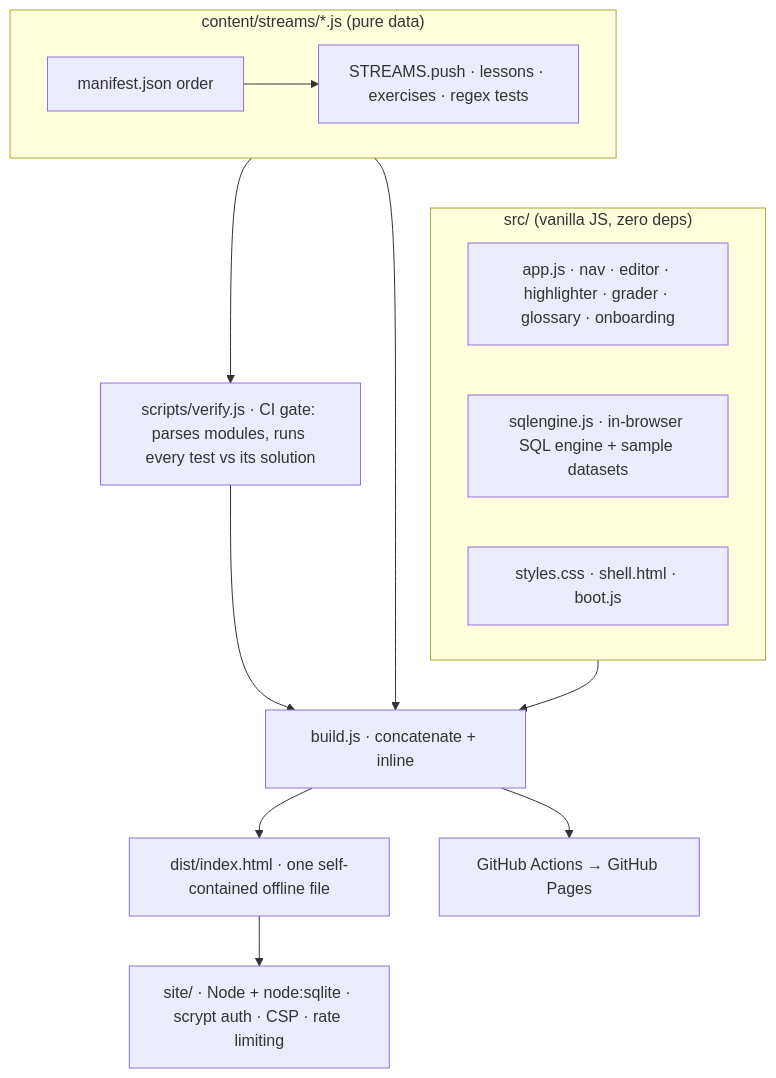
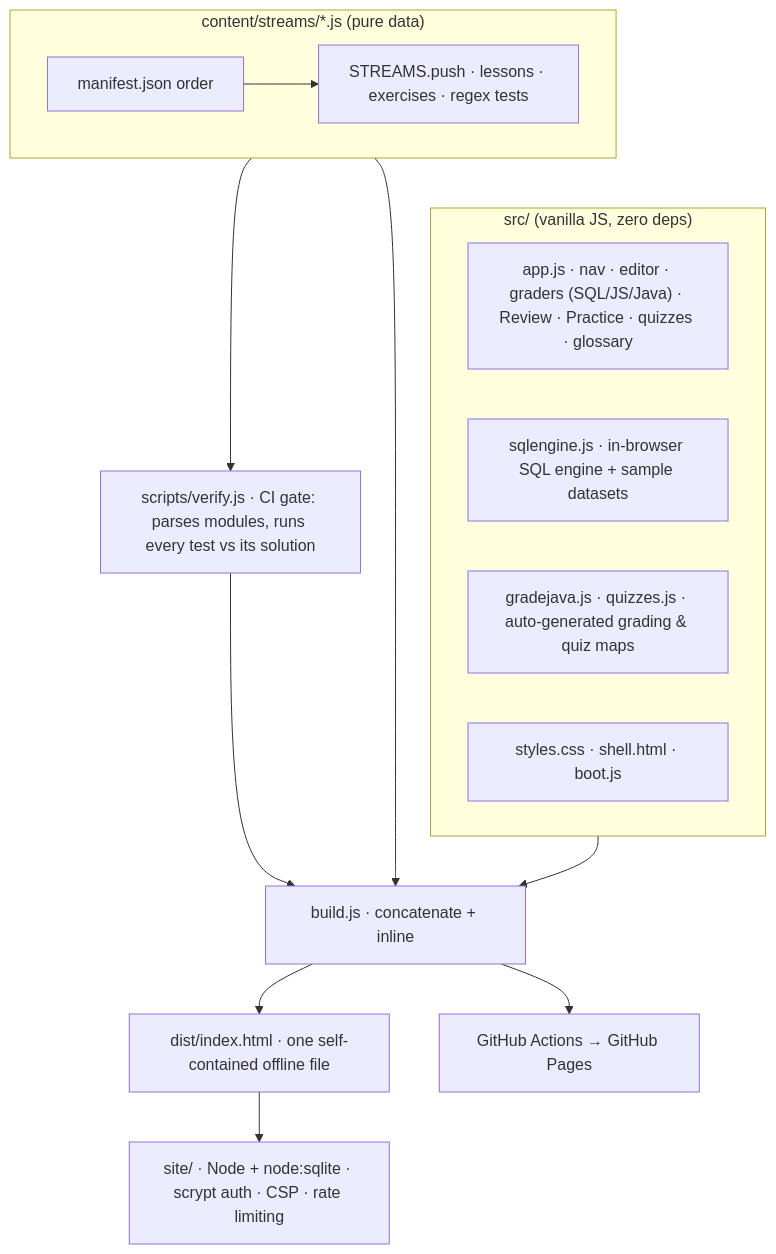
The diagram in README.md (rcbart/dojo), drawn with Mermaid before and after one commit. The commit also changed other lines of this file and 2 other files, not shown here.

Commit message:
Coherency fix + docs: fix mod6 (blank starter passed via giveaway comments); update README architecture doc (counts 285/403, execution grading SQL/JS/Java, Review/Practice/quizzes/capstone, new src files, 41 modules)

````diff
--- a/README.md
+++ b/README.md
@@ -42,24 +46,25 @@
 ```mermaid
 flowchart TD
   subgraph Content["content/streams/*.js  (pure data)"]
     M[manifest.json order] --> S["STREAMS.push · lessons · exercises · regex tests"]
   end
   subgraph Runtime["src/  (vanilla JS, zero deps)"]
-    A["app.js · nav · editor · highlighter · grader · glossary · onboarding"]
+    A["app.js · nav · editor · graders (SQL/JS/Java) · Review · Practice · quizzes · glossary"]
     E["sqlengine.js · in-browser SQL engine + sample datasets"]
+    G["gradejava.js · quizzes.js · auto-generated grading & quiz maps"]
     C["styles.css · shell.html · boot.js"]
   end
   V["scripts/verify.js · CI gate: parses modules, runs every test vs its solution"]
   B["build.js · concatenate + inline"]
   D["dist/index.html · one self-contained offline file"]
   Site["site/ · Node + node:sqlite · scrypt auth · CSP · rate limiting"]
   GH["GitHub Actions → GitHub Pages"]
 
   Content --> B
   Runtime --> B
   Content --> V
   V --> B
   B --> D
   D --> Site
   B --> GH
 ```
````
